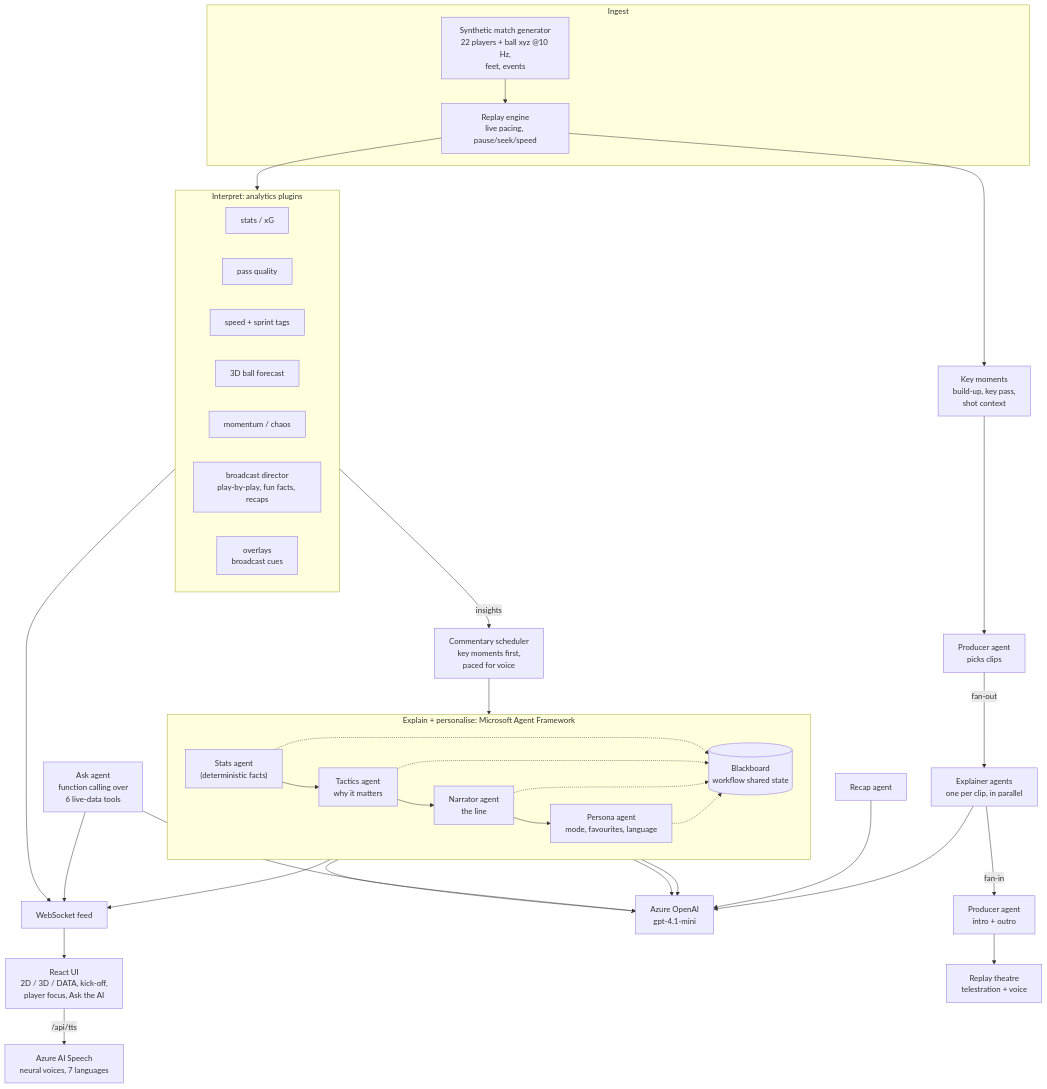
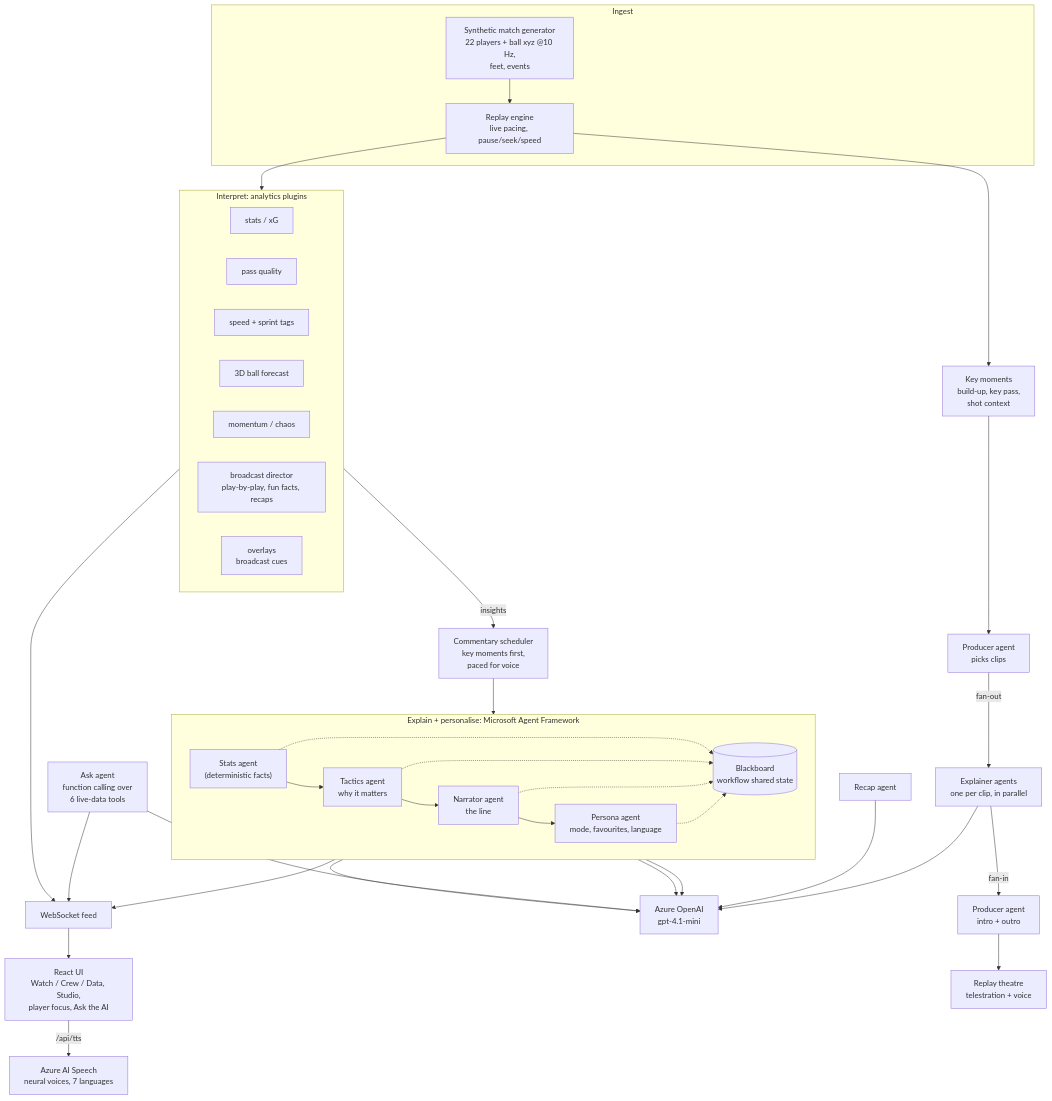
One commit to Mertan2/insidethegame-match-intelligence changed the diagram in README.md. Above: the diagram before and after it, drawn with Mermaid. The commit also changed other lines of this file and 8 other files, not shown here.

Commit message:
Screenshots and docs for the Watch, Crew and Data shell

````diff
--- a/README.md
+++ b/README.md
@@ -65,41 +57,41 @@
 ```mermaid
 flowchart TB
     subgraph Data["Ingest"]
         GEN["Synthetic match generator<br/>22 players + ball xyz @10 Hz,<br/>feet, events"] --> REPLAY["Replay engine<br/>live pacing, pause/seek/speed"]
     end
     subgraph Plugins["Interpret: analytics plugins"]
         STATS["stats / xG"]
         PASS["pass quality"]
         SPEED["speed + sprint tags"]
         FC["3D ball forecast"]
         MOM["momentum / chaos"]
         DIR["broadcast director<br/>play-by-play, fun facts, recaps"]
         OVL["overlays<br/>broadcast cues"]
     end
     REPLAY --> Plugins
     Plugins -- insights --> SCHED["Commentary scheduler<br/>key moments first,<br/>paced for voice"]
     subgraph Agents["Explain + personalise: Microsoft Agent Framework"]
         direction LR
         A1["Stats agent<br/>(deterministic facts)"] --> A2["Tactics agent<br/>why it matters"] --> A3["Narrator agent<br/>the line"] --> A4["Persona agent<br/>mode, favourites, language"]
         BB[("Blackboard<br/>workflow shared state")]
         A1 -.-> BB
         A2 -.-> BB
         A3 -.-> BB
         A4 -.-> BB
     end
     SCHED --> A1
     ASK["Ask agent<br/>function calling over<br/>6 live-data tools"]
     KM["Key moments<br/>build-up, key pass,<br/>shot context"] --> PROD["Producer agent<br/>picks clips"]
     PROD -- "fan-out" --> EXP["Explainer agents<br/>one per clip, in parallel"]
     EXP -- "fan-in" --> PROD2["Producer agent<br/>intro + outro"]
     PROD2 --> THEATER["Replay theatre<br/>telestration + voice"]
     RECAP["Recap agent"]
     AOAI["Azure OpenAI<br/>gpt-4.1-mini"]
     A2 & A3 & A4 & ASK & RECAP & EXP --> AOAI
     REPLAY --> KM
     A4 --> WS["WebSocket feed"]
     ASK --> WS
     Plugins --> WS
-    WS --> UI["React UI<br/>2D / 3D / DATA, kick-off,<br/>player focus, Ask the AI"]
+    WS --> UI["React UI<br/>Watch / Crew / Data, Studio,<br/>player focus, Ask the AI"]
     UI -- "/api/tts" --> TTS["Azure AI Speech<br/>neural voices, 7 languages"]
 ```
````
